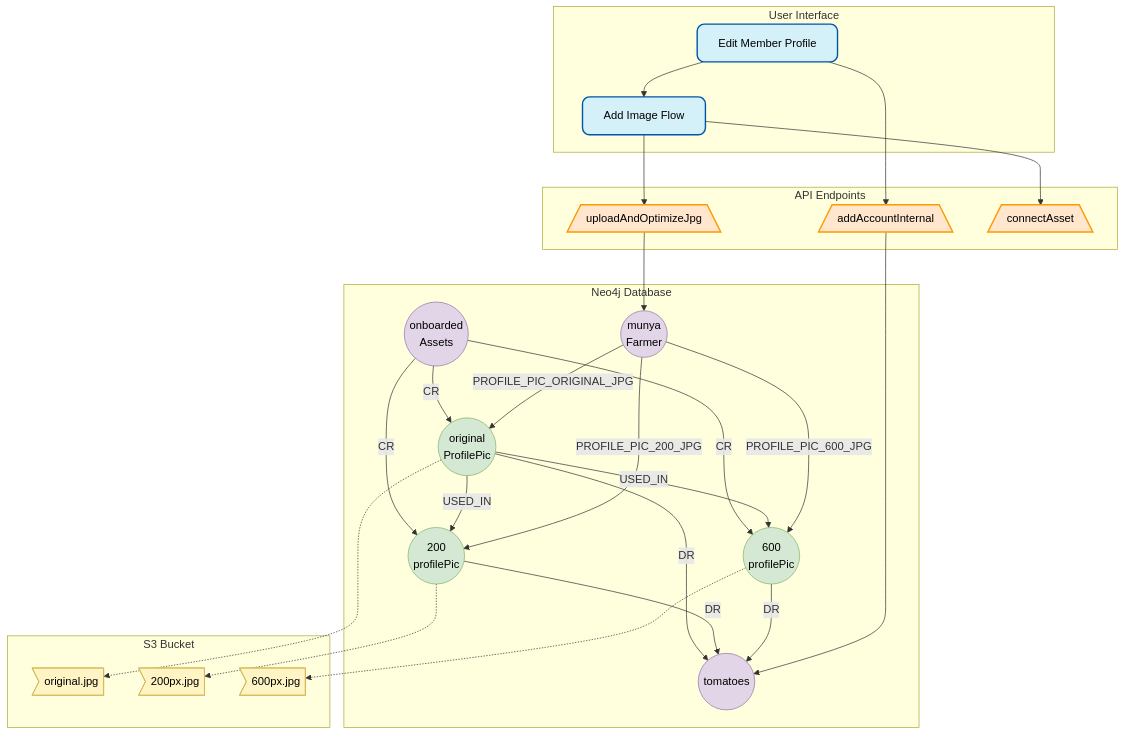
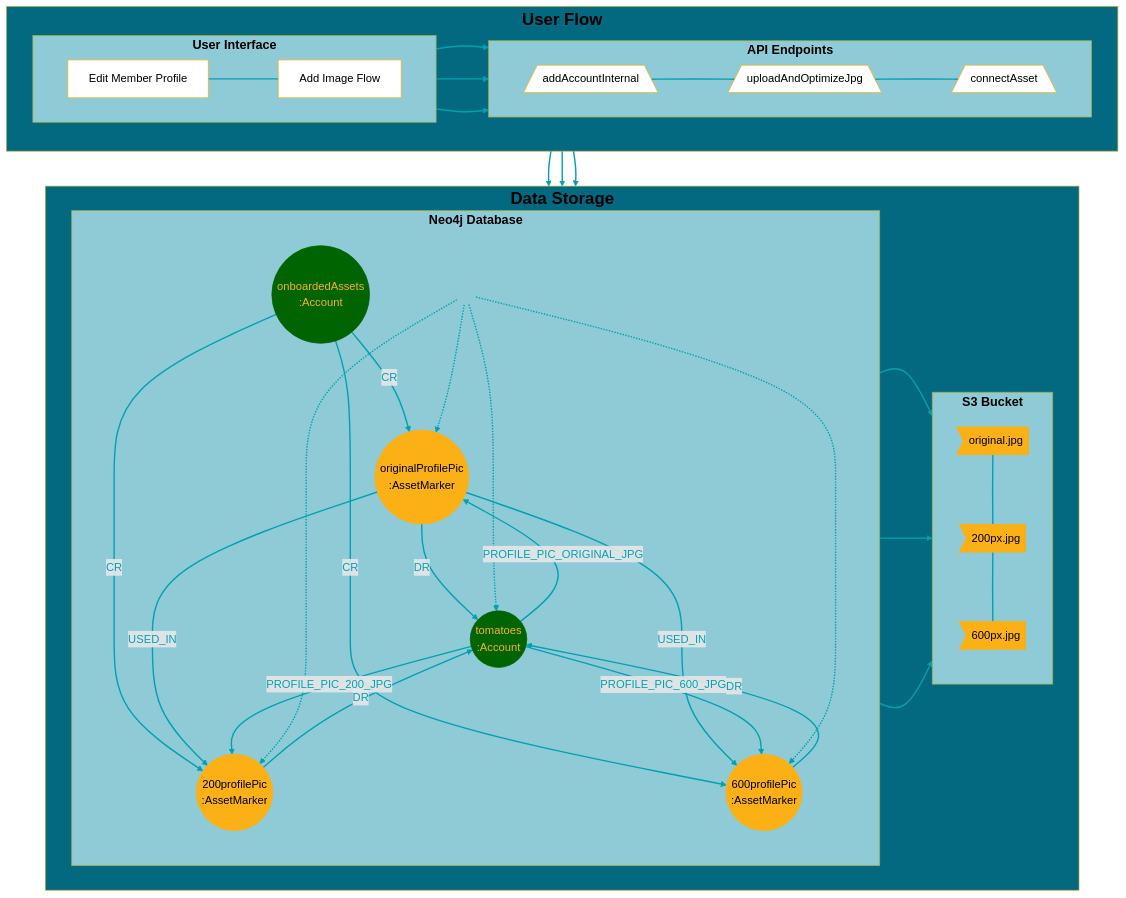
One commit to Great-Sun-Group/credex-core changed the second of 4 diagrams in projects/workplan/VimbisoMarket.md. Above: the diagram before and after it, drawn with Mermaid. The commit also changed other lines of this file and 1 other file, not shown here.

````diff
--- a/projects/workplan/VimbisoMarket.md
+++ b/projects/workplan/VimbisoMarket.md
@@ -84,75 +121,110 @@
 ```mermaid
-graph TD
-    %% Styles
-    classDef screen fill:#d4f1f9,stroke:#05a,stroke-width:2px,color:black,rx:10,ry:10
-    classDef endpoint fill:#ffe6cc,stroke:#f90,stroke-width:2px,color:black,shape:hexagon
-    classDef account fill:#e1d5e7,stroke:#9673a6,stroke-width:1px,color:black,shape:circle
-    classDef asset fill:#d5e8d4,stroke:#82b366,stroke-width:1px,color:black,shape:circle
-    classDef file fill:#fff4c3,stroke:#d6b656,stroke-width:1px,color:black,shape:document
+flowchart TB
+    %% Main direction top to bottom with User Flow on top
     
-    %% Group screens
-    subgraph UI [User Interface]
-        S1[Edit Member Profile] --> S2[Add Image Flow]
+    subgraph Flow["<b><font size='5' color='black'>User Flow</font></b>"]
+        direction LR
+        subgraph UI["<b><font size='4' color='black'>User Interface</font></b>"]
+            direction LR
+            S1[Edit Member Profile] --- S2[Add Image Flow]
+        end
+
+        subgraph API["<b><font size='4' color='black'>API Endpoints</font></b>"]
+            direction LR
+            E1[/addAccountInternal\] --- E2[/uploadAndOptimizeJpg\] --- E3[/connectAsset\]
+        end
     end
+
+    subgraph Storage["<b><font size='5' color='black'>Data Storage</font></b>"]
+        direction LR
+        subgraph DB["<b><font size='4' color='black'>Neo4j Database</font></b>"]
+            direction TB
+            %% Add connector node inside Neo4j Database
+            Connector(((" "))):::invisible
+            
+            A3((tomatoes<br/>:Account))
+            A1((onboardedAssets<br/>:Account))
+            A2((originalProfilePic<br/>:AssetMarker))
+            A4((200profilePic<br/>:AssetMarker))
+            A5((600profilePic<br/>:AssetMarker))
+
+            A1 -->|CR| A2
+            A2 -->|DR| A3
+            A1 -->|CR| A4
+            A4 -->|DR| A3
+            A1 -->|CR| A5
+            A5 -->|DR| A3
+
+            %% USED_IN relationships between original and resized versions
+            A2 -->|USED_IN| A4
+            A2 -->|USED_IN| A5
+
+            A3 -->|PROFILE_PIC_ORIGINAL_JPG| A2
+            A3 -->|PROFILE_PIC_200_JPG| A4
+            A3 -->|PROFILE_PIC_600_JPG| A5
+        end
+
+        subgraph S3["<b><font size='4' color='black'>S3 Bucket</font></b>"]
+            direction TB
+            F1>"original.jpg"]
+            F2>"200px.jpg"]
+            F3>"600px.jpg"]
+            F1 --- F2 --- F3
+        end
+    end
+
+    %% Connect UI to API 
+    S2 --> E1
+    S2 --> E2
+    S2 --> E3
     
-    %% Group endpoints
-    subgraph API [API Endpoints]
-        S1 --> E1[/addAccountInternal\]
-        S2 --> E2[/uploadAndOptimizeJpg\]
-        S2 --> E3[/connectAsset\]
-    end
-    
-    %% Graph Relationships - Neo4j Nodes
-    subgraph DB [Neo4j Database]
-        A1((onboarded
-        Assets))
-        A2((original
-        ProfilePic))
-        A3((tomatoes))
-        A4((200
-        profilePic))
-        A5((600
-        profilePic))
-        M1((munya
-        Farmer))
-        
-        A1 -->|CR| A2
-        A2 -->|DR| A3
-        A1 -->|CR| A4
-        A4 -->|DR| A3
-        A1 -->|CR| A5
-        A5 -->|DR| A3
-        
-        %% USED_IN relationships between original and resized versions
-        A2 -->|USED_IN| A4
-        A2 -->|USED_IN| A5
-        
-        M1 -->|PROFILE_PIC_ORIGINAL_JPG| A2
-        M1 -->|PROFILE_PIC_200_JPG| A4
-        M1 -->|PROFILE_PIC_600_JPG| A5
-    end
-    
-    %% S3 Storage - Actual Files
-    subgraph S3Bucket [S3 Bucket]
-        F1>"original.jpg"]
-        F2>"200px.jpg"]
-        F3>"600px.jpg"]
-    end
-    
-    %% Connect UI to API to Database to S3
+    %% Use the connector node to route relationships from API to Database
     E1 --> A3
-    E2 --> M1
-    
+    E2 --> A2
+    E3 --> Connector
+    Connector -.-> A2
+    Connector -.-> A4
+    Connector -.-> A5
+    Connector -.-> A3
+
     %% Connect AssetMarkers to S3 files
-    A2 -.-> F1
-    A4 -.-> F2
-    A5 -.-> F3
-    
-    %% Class assignments
-    class S1,S2 screen
-    class E1,E2,E3 endpoint
-    class A1,A3 account
-    class A2,A4,A5 asset
-    class M1 account
-    class F1,F2,F3 file
+    A2 --> F1
+    A4 --> F2
+    A5 --> F3
+
+    %% Style definitions
+    %% Account nodes - darker green with gold text
+    style A1 fill:#006400,stroke:#006400,color:#FBB016
+    style A3 fill:#006400,stroke:#006400,color:#FBB016
+
+    %% AssetMarker nodes - #FBB016 with black text
+    style A2 fill:#FBB016,stroke:#FBB016,color:black
+    style A4 fill:#FBB016,stroke:#FBB016,color:black
+    style A5 fill:#FBB016,stroke:#FBB016,color:black
+
+    %% S3 Bucket file nodes - gold with black text
+    style F1 fill:#FBB016,stroke:#FBB016,color:black
+    style F2 fill:#FBB016,stroke:#FBB016,color:black
+    style F3 fill:#FBB016,stroke:#FBB016,color:black
+
+    %% User Flow nodes - white with black text
+    style S1 fill:white,stroke:#FBB016,color:black
+    style S2 fill:white,stroke:#FBB016,color:black
+    style E1 fill:white,stroke:#FBB016,color:black
+    style E2 fill:white,stroke:#FBB016,color:black
+    style E3 fill:white,stroke:#FBB016,color:black
+
+    %% Make connector invisible
+    classDef invisible fill:none,stroke:none
+
+    %% Style all relationships with teal color #04A0B2
+    linkStyle default stroke:#04A0B2,stroke-width:2px,color:#04A0B2
+
+    %% Style subgraphs - background colors and text sizes
+    style Flow fill:#036980,font-size:20px,font-weight:bold
+    style Storage fill:#036980,font-size:20px,font-weight:bold
+    style UI fill:#8ECBD6,font-size:16px,font-weight:bold
+    style API fill:#8ECBD6,font-size:16px,font-weight:bold
+    style DB fill:#8ECBD6,font-size:16px,font-weight:bold
+    style S3 fill:#8ECBD6,font-size:16px,font-weight:bold
 ```
````
